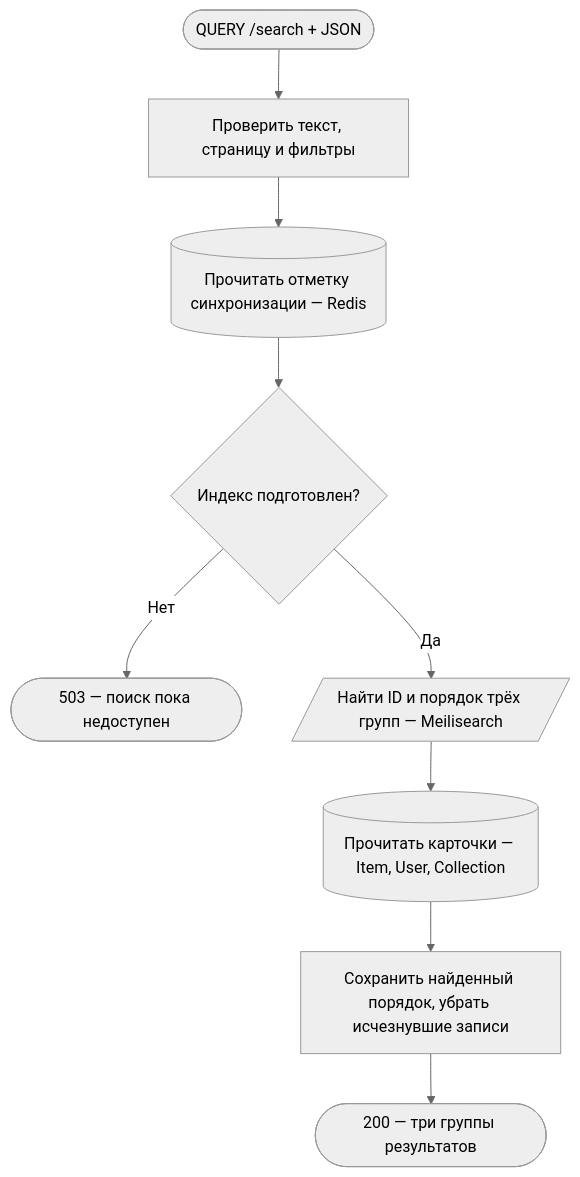
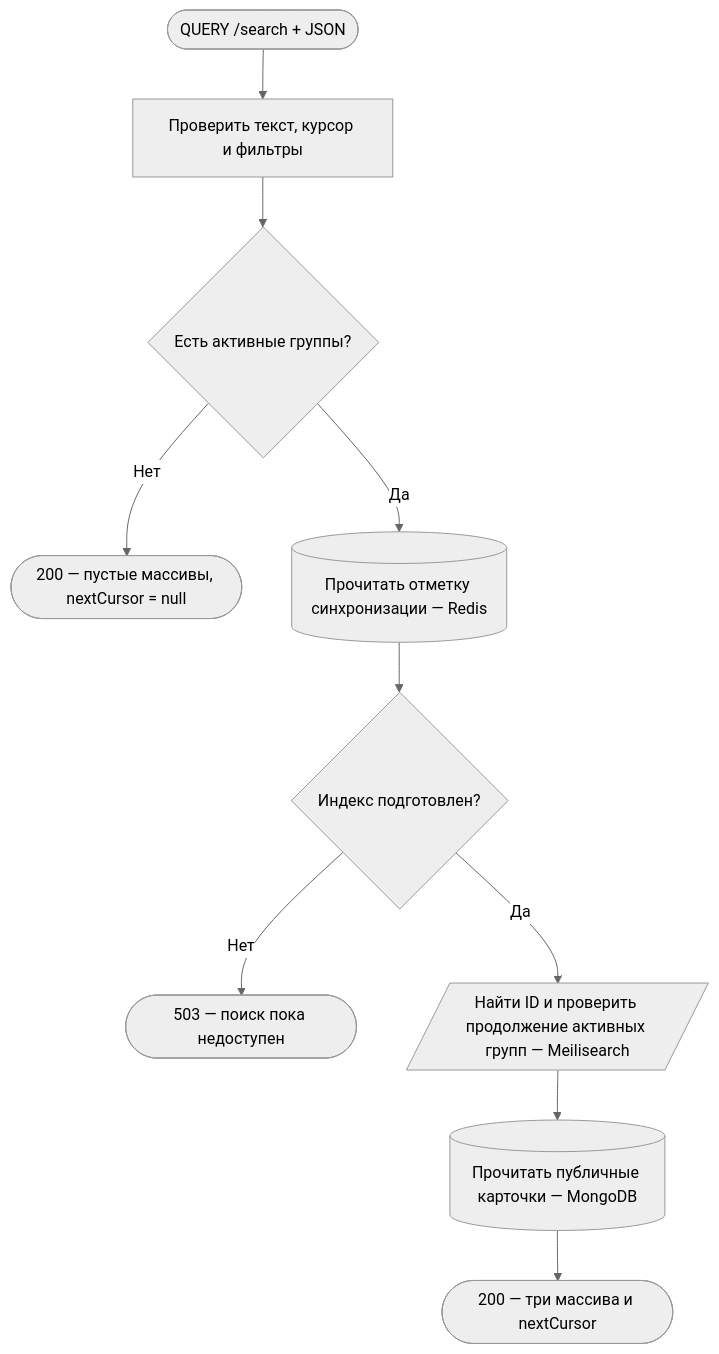
The first of 2 diagrams in apps/api/public/docs/api/requestFlows/catalog.md (AmyGrooove/f95-tinder), drawn with Mermaid (neutral theme) before and after one commit. The commit also changed other lines of this file and 21 other files, not shown here.

````diff
--- a/apps/api/public/docs/api/requestFlows/catalog.md
+++ b/apps/api/public/docs/api/requestFlows/catalog.md
@@ -15,13 +15,14 @@
 ```mermaid
 flowchart TD
     accTitle: Общий поиск по сайту
-    accDescr: Проверить JSON и фильтры, проверить готовность индекса, найти ID в Meilisearch, прочитать публичные карточки в MongoDB и вернуть три группы
-    A(["QUERY /search + JSON"]):::http --> B["Проверить текст, страницу и фильтры"]:::action
-    B --> C[("Прочитать отметку синхронизации — Redis")]:::data
-    C --> D{"Индекс подготовлен?"}:::action
-    D -->|Нет| E(["503 — поиск пока недоступен"]):::http
-    D -->|Да| F[/"Найти ID и порядок трёх групп — Meilisearch"/]:::external
-    F --> G[("Прочитать карточки — Item, User, Collection")]:::data
-    G --> H["Сохранить найденный порядок, убрать исчезнувшие записи"]:::action
-    H --> I(["200 — три группы результатов"]):::http
+    accDescr: Проверить запрос и курсор, найти совпадения для активных групп и вернуть публичные карточки
+    A(["QUERY /search + JSON"]):::http --> B["Проверить текст, курсор и фильтры"]:::action
+    B --> C{"Есть активные группы?"}:::action
+    C -->|Нет| J(["200 — пустые массивы, nextCursor = null"]):::http
+    C -->|Да| D[("Прочитать отметку синхронизации — Redis")]:::data
+    D --> E{"Индекс подготовлен?"}:::action
+    E -->|Нет| F(["503 — поиск пока недоступен"]):::http
+    E -->|Да| G[/"Найти ID и проверить продолжение активных групп — Meilisearch"/]:::external
+    G --> H[("Прочитать публичные карточки — MongoDB")]:::data
+    H --> I(["200 — три массива и nextCursor"]):::http
 ```
````
